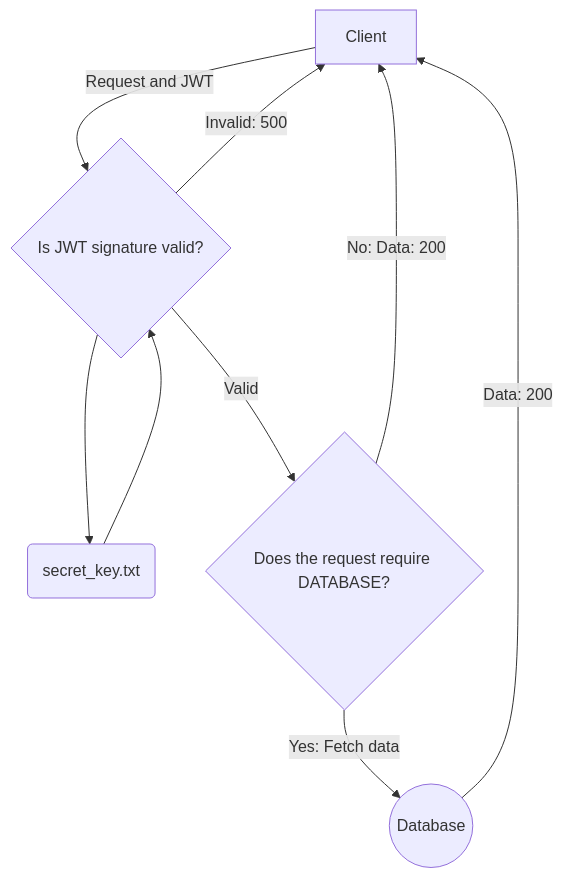
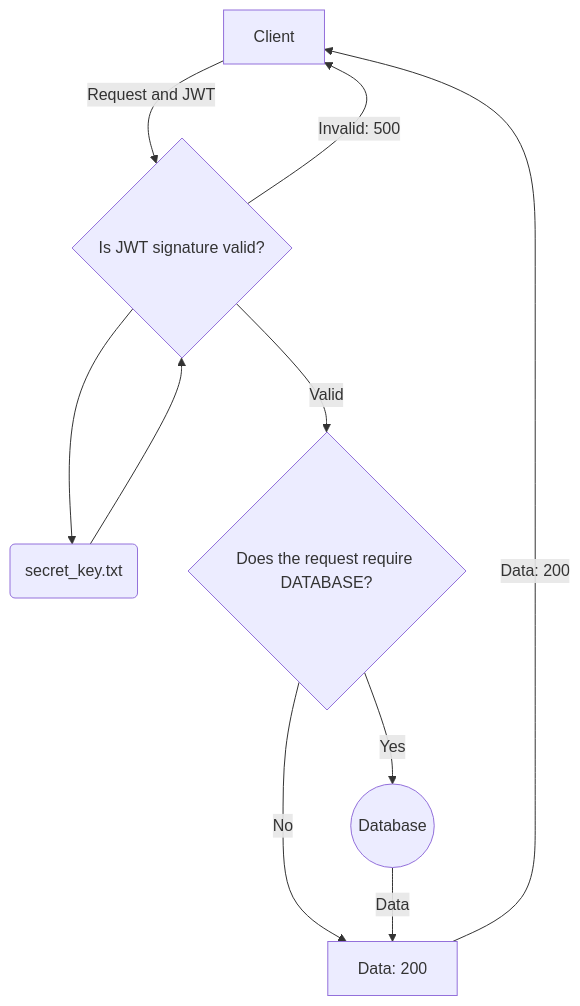
One commit to Slenderman00/show-it changed the fifth of 5 diagrams in docs/access-control.md. Above: the diagram before and after it, drawn with Mermaid. The commit also changed other lines of this file, not shown here.

Commit message:
feat: simplified flow chart

````diff
--- a/docs/access-control.md
+++ b/docs/access-control.md
@@ -70,11 +74,12 @@
 ```mermaid
 graph TD
 A[Client] -- Request and JWT --> B{Is JWT signature valid?}
 B-->C(secret_key.txt)
 C-->B
 B-- Valid -->E{Does the request require DATABASE?}
 B-- Invalid: 500 --> A
-E -- No: Data: 200 --> A
-E -- Yes: Fetch data --> G((Database))
-G -- Data: 200 --> A
+E -- No --> O[Data: 200]
+O -- Data: 200 --> A
+E -- Yes --> G((Database))
+G -- Data --> O
 ```
````
